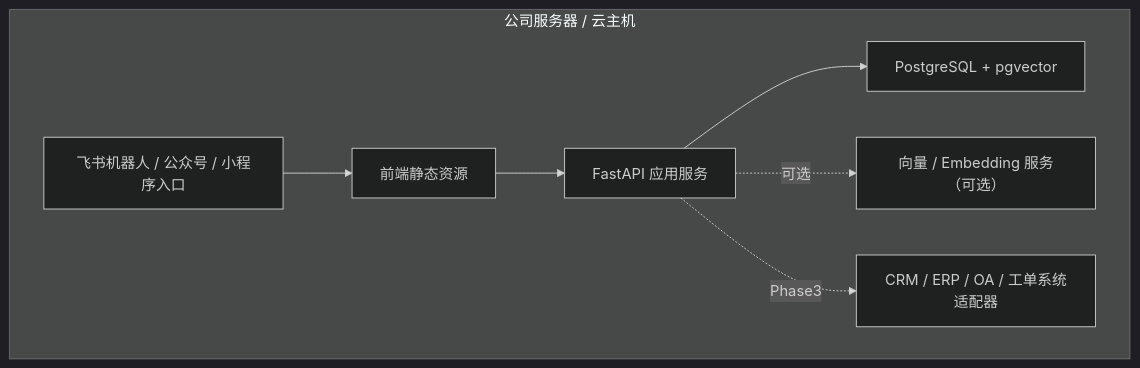
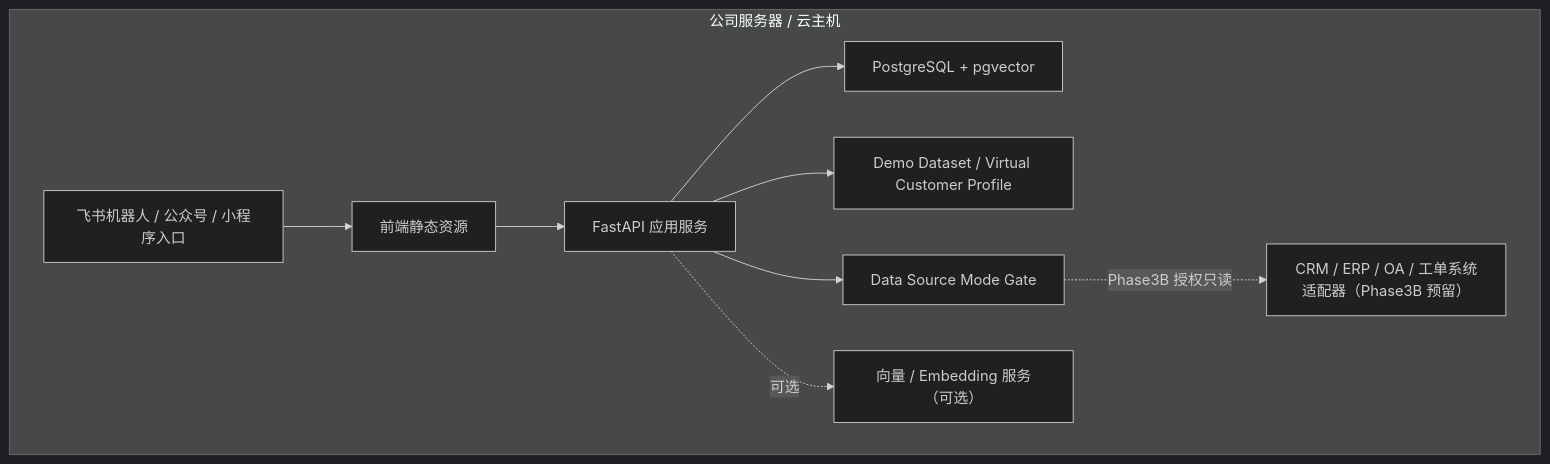
The fourth of 4 diagrams in docs/04-architecture.md (emily8421/zhiyan-digital-cs-platform), drawn with Mermaid (dark theme) before and after one commit. The commit also changed other lines of this file and 23 other files, not shown here.

````diff
--- a/docs/04-architecture.md
+++ b/docs/04-architecture.md
@@ -195,17 +213,21 @@
 ```mermaid
 flowchart TB
   subgraph server[公司服务器 / 云主机]
     static_assets[前端静态资源]
     app_service[FastAPI 应用服务]
     postgres[PostgreSQL + pgvector]
     embedding[向量 / Embedding 服务（可选）]
+    demo_dataset[Demo Dataset / Virtual Customer Profile]
+    source_gate[Data Source Mode Gate]
     channels[飞书机器人 / 公众号 / 小程序入口]
-    adapters[CRM / ERP / OA / 工单系统适配器]
+    adapters[CRM / ERP / OA / 工单系统适配器（Phase3B 预留）]
   end
 
   channels --> static_assets
   static_assets --> app_service
   app_service --> postgres
+  app_service --> demo_dataset
+  app_service --> source_gate
   app_service -.可选.-> embedding
-  app_service -.Phase3.-> adapters
+  source_gate -.Phase3B 授权只读.-> adapters
 ```
````
